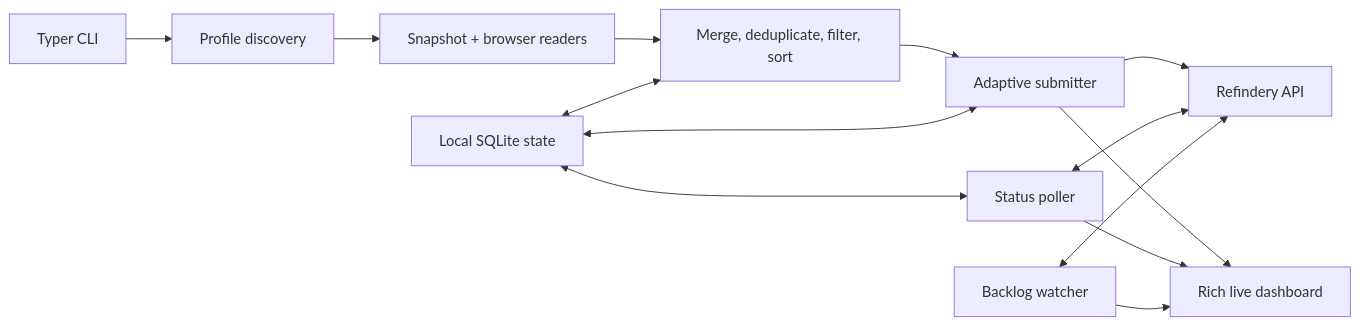
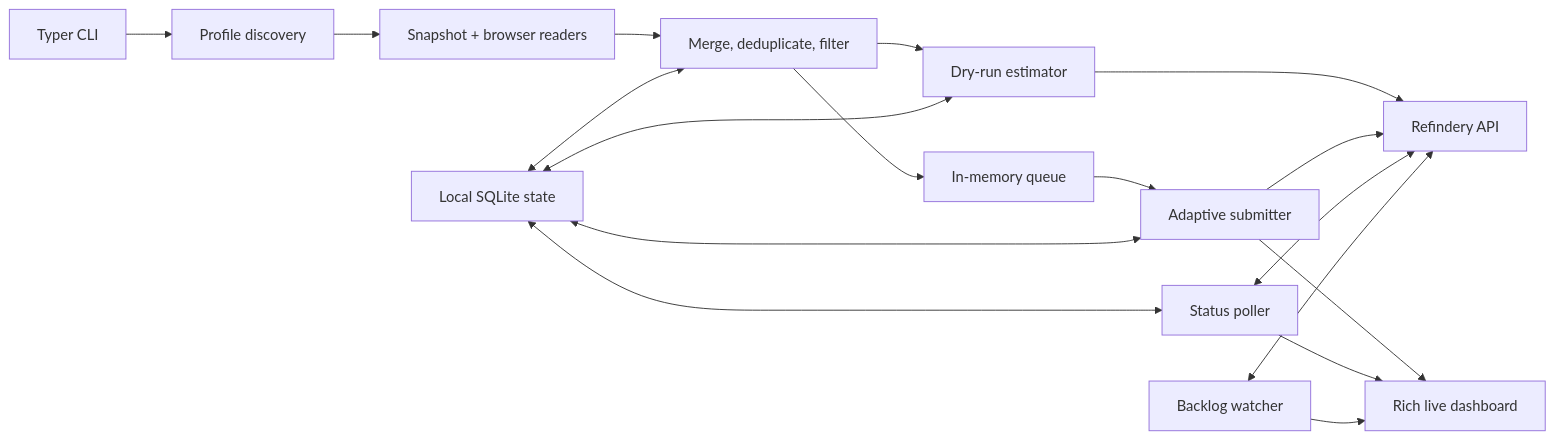
Before and after one commit to hbmartin/browser-history-refindery: the diagram in docs/maintainers/architecture.md, drawn with Mermaid. The commit also changed other lines of this file and 32 other files, not shown here.

First line of the commit message:
Add batch APIs and dry-run estimates

````diff
--- a/docs/maintainers/architecture.md
+++ b/docs/maintainers/architecture.md
@@ -10,16 +10,20 @@
 ```mermaid
 flowchart LR
     CLI["Typer CLI"] --> Discovery["Profile discovery"]
     Discovery --> Readers["Snapshot + browser readers"]
-    Readers --> Plan["Merge, deduplicate, filter, sort"]
+    Readers --> Plan["Merge, deduplicate, filter"]
     State["Local SQLite state"] <--> Plan
-    Plan --> Submitter["Adaptive submitter"]
-    Submitter --> API["Refindery API"]
+    Plan --> Estimator["Dry-run estimator"]
+    State <--> Estimator
+    Estimator --> API["Refindery API"]
+    Plan --> Queue["In-memory queue"]
+    Queue --> Submitter["Adaptive submitter"]
+    Submitter --> API
     Poller["Status poller"] <--> API
     Backlog["Backlog watcher"] <--> API
     State <--> Submitter
     State <--> Poller
     Submitter --> Dashboard["Rich live dashboard"]
     Poller --> Dashboard
     Backlog --> Dashboard
 ```
````
